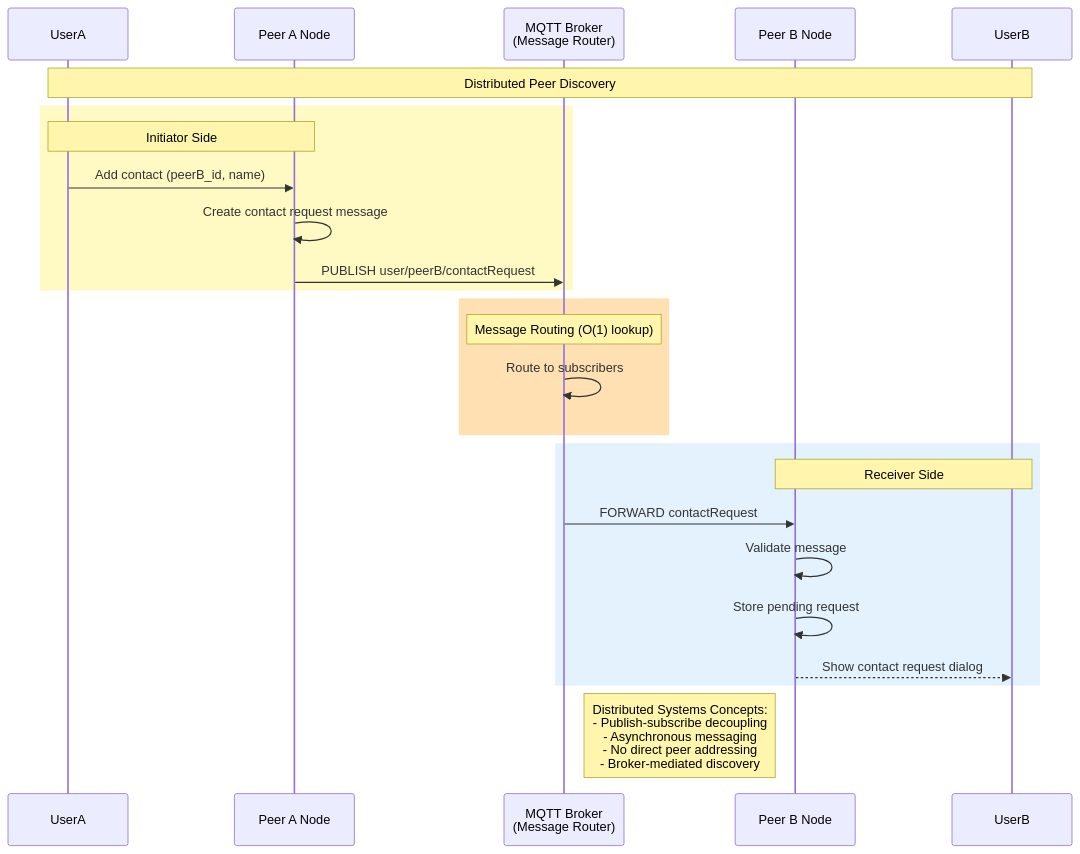
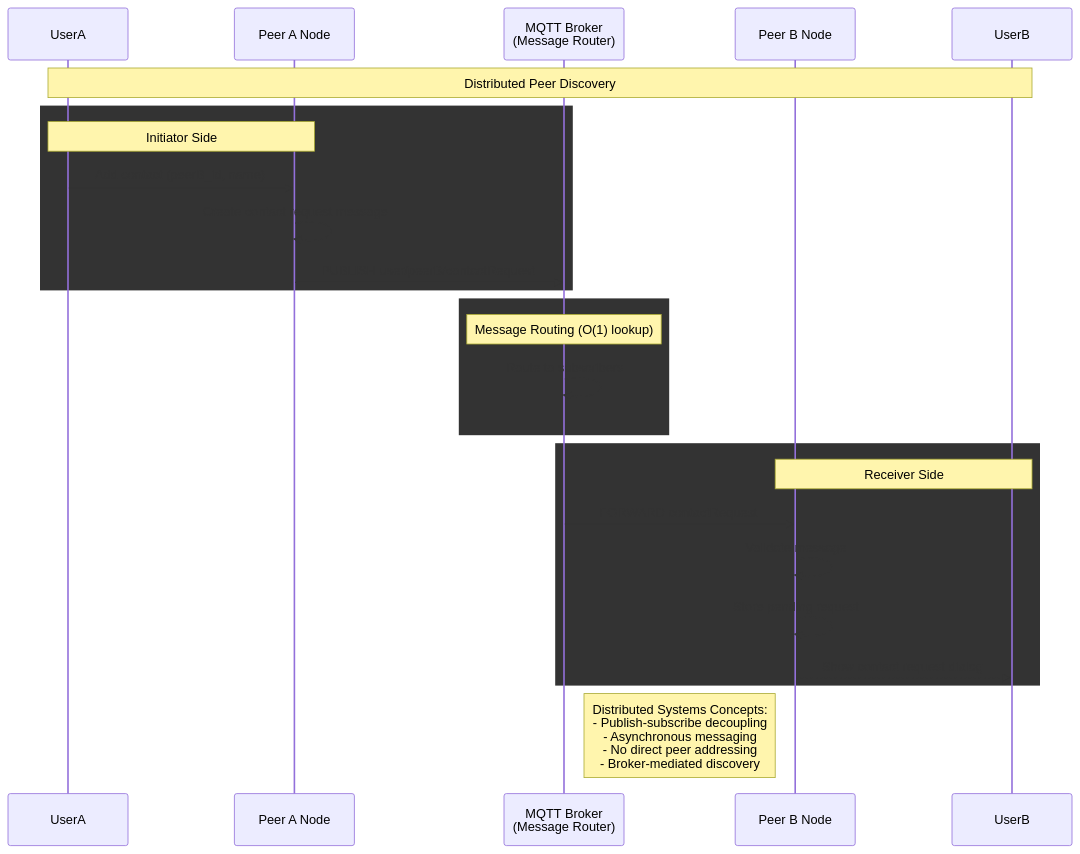
One commit to amr-kasem/distributed-systems-react-chat-peer changed the second of 8 diagrams in docs/sequence-diagrams.md. Above: the diagram before and after it, drawn with Mermaid. The commit also changed other lines of this file and 7 other files, not shown here.

Commit message:
solved issues with diagrams

````diff
--- a/docs/sequence-diagrams.md
+++ b/docs/sequence-diagrams.md
@@ -60,32 +60,32 @@
 ```mermaid
 sequenceDiagram
     participant UserA
     participant PeerA as Peer A Node
     participant Broker as MQTT Broker<br/>(Message Router)
     participant PeerB as Peer B Node
     participant UserB
     
     Note over UserA,UserB: Distributed Peer Discovery
     
-    rect rgb(255, 249, 196)
+    rect rgb("255, 249, 196")
         Note over UserA,PeerA: Initiator Side
         UserA->>PeerA: Add contact (peerB_id, name)
         PeerA->>PeerA: Create contact request message
         PeerA->>Broker: PUBLISH user/peerB/contactRequest
     end
     
-    rect rgb(255, 224, 178)
+    rect rgb("255, 224, 178")
         Note over Broker: Message Routing (O(1) lookup)
         Broker->>Broker: Route to subscribers
     end
     
-    rect rgb(227, 242, 253)
+    rect rgb("227, 242, 253")
         Note over PeerB,UserB: Receiver Side
         Broker->>PeerB: FORWARD contactRequest
         PeerB->>PeerB: Validate message
         PeerB->>PeerB: Store pending request
         PeerB-->>UserB: Show contact request dialog
     end
     
     Note right of Broker: Distributed Systems Concepts:<br/>- Publish-subscribe decoupling<br/>- Asynchronous messaging<br/>- No direct peer addressing<br/>- Broker-mediated discovery
 ```
````
